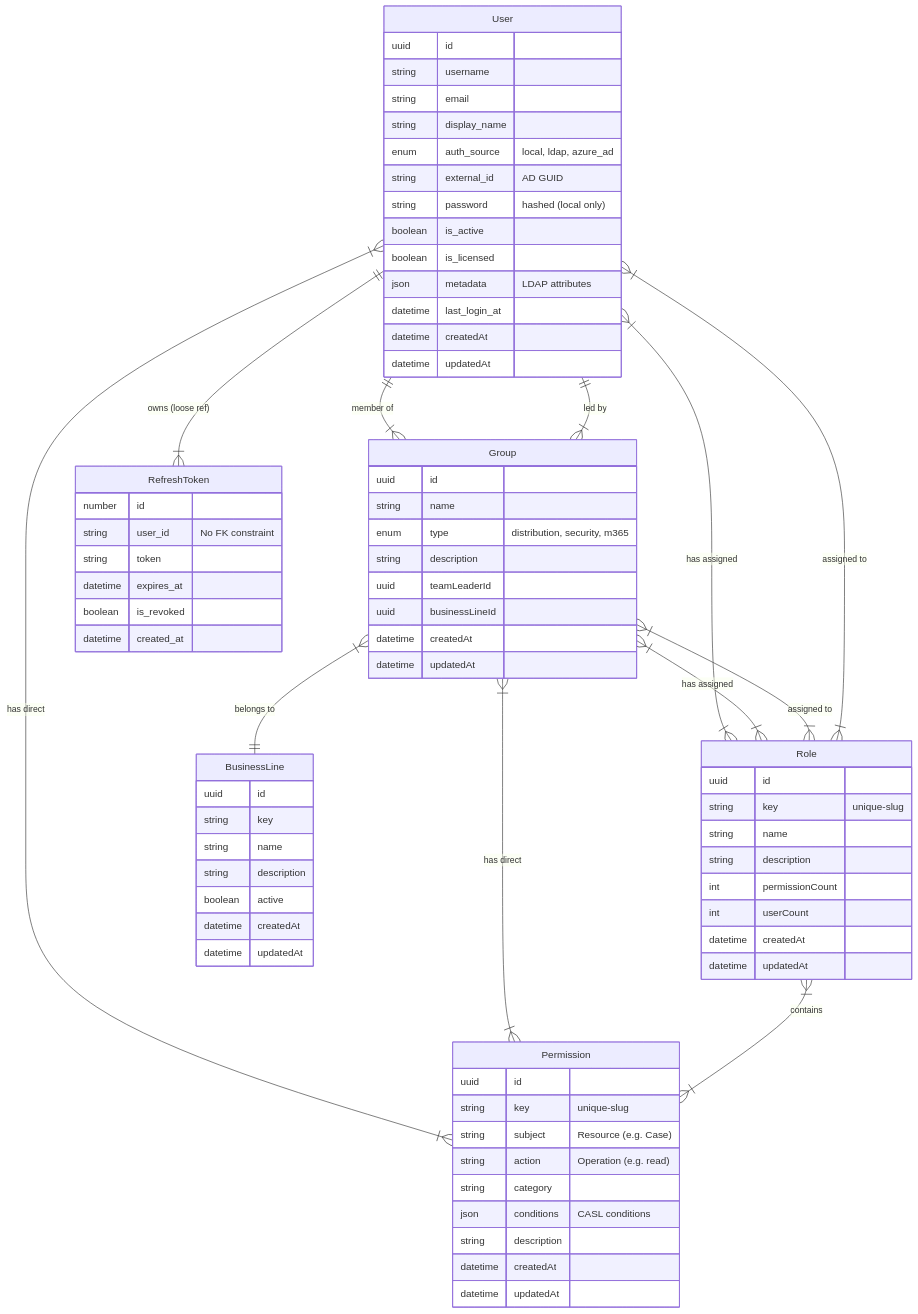
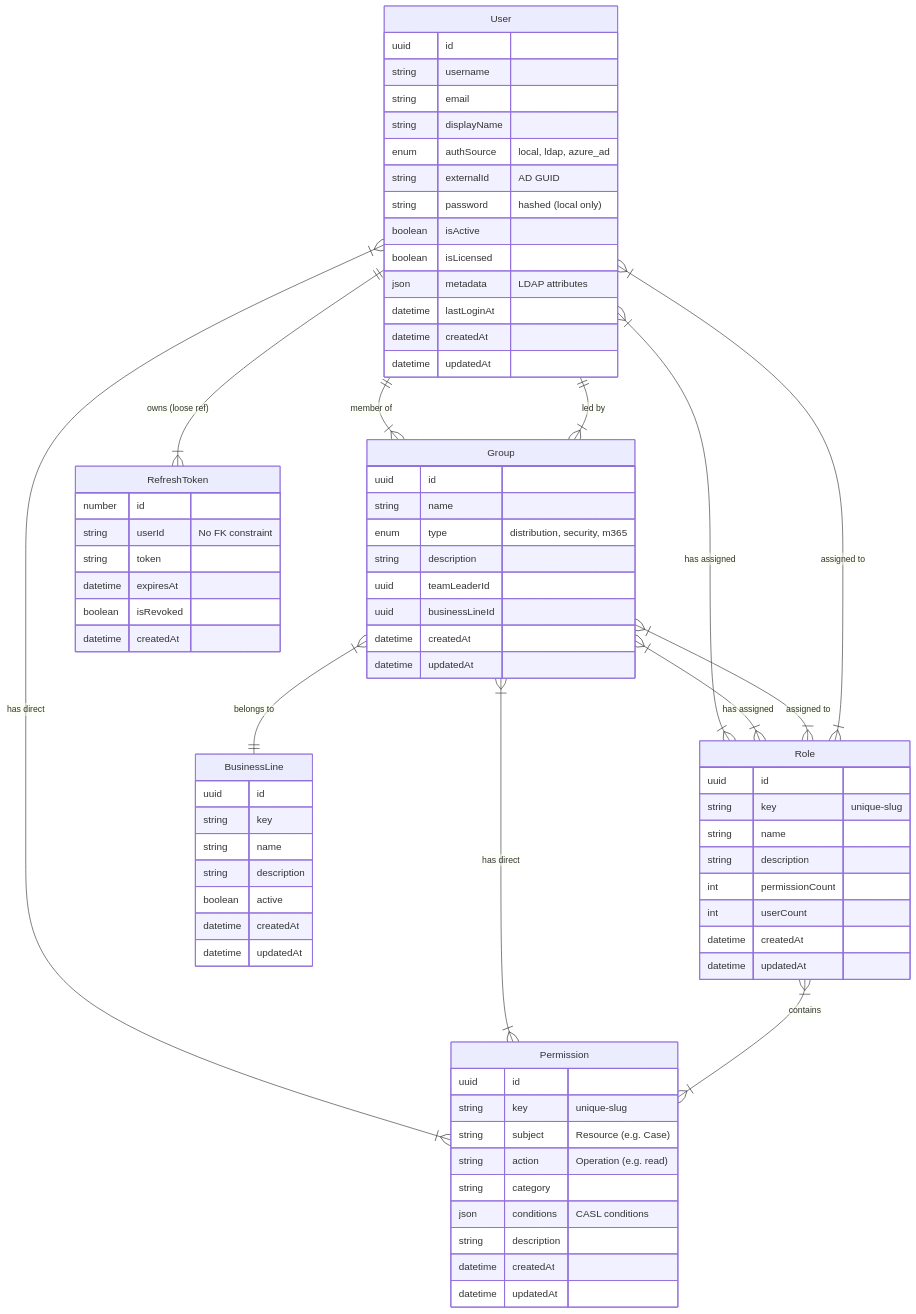
The diagram in apps/api/docs/schema.md (ahmadalzoubi31/esm-app), drawn with Mermaid before and after one commit. The commit also changed other lines of this file and 200 other files, not shown here.

Commit message:
feat: implement core ESM architecture including authentication, RBAC, catalog services, and case management modules

````diff
--- a/apps/api/docs/schema.md
+++ b/apps/api/docs/schema.md
@@ -26,14 +26,14 @@
         uuid id
         string username
         string email
-        string display_name
-        enum auth_source "local, ldap, azure_ad"
-        string external_id "AD GUID"
+        string displayName
+        enum authSource "local, ldap, azure_ad"
+        string externalId "AD GUID"
         string password "hashed (local only)"
-        boolean is_active
-        boolean is_licensed
+        boolean isActive
+        boolean isLicensed
         json metadata "LDAP attributes"
-        datetime last_login_at
+        datetime lastLoginAt
         datetime createdAt
         datetime updatedAt
     }
@@ -84,10 +84,10 @@
 
     RefreshToken {
         number id
-        string user_id "No FK constraint"
+        string userId "No FK constraint"
         string token
-        datetime expires_at
-        boolean is_revoked
-        datetime created_at
+        datetime expiresAt
+        boolean isRevoked
+        datetime createdAt
     }
 ```
````
